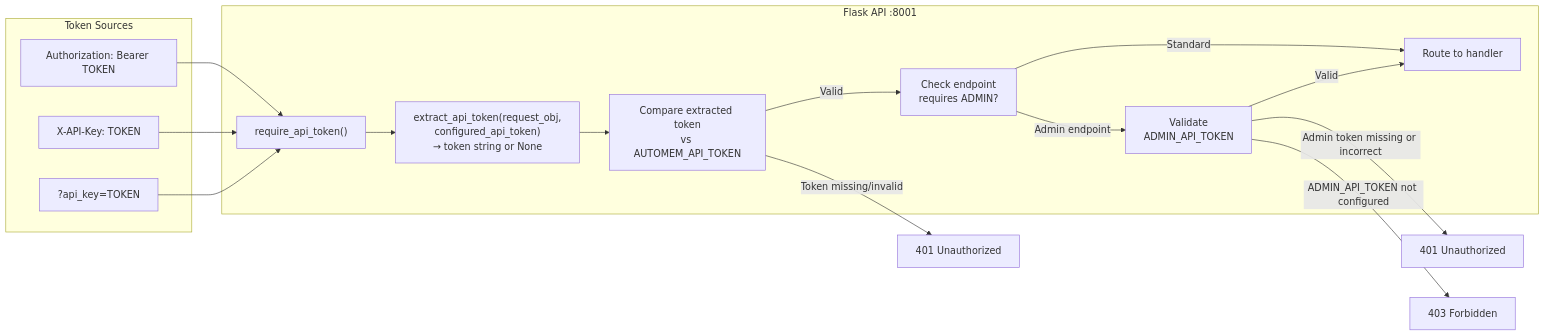
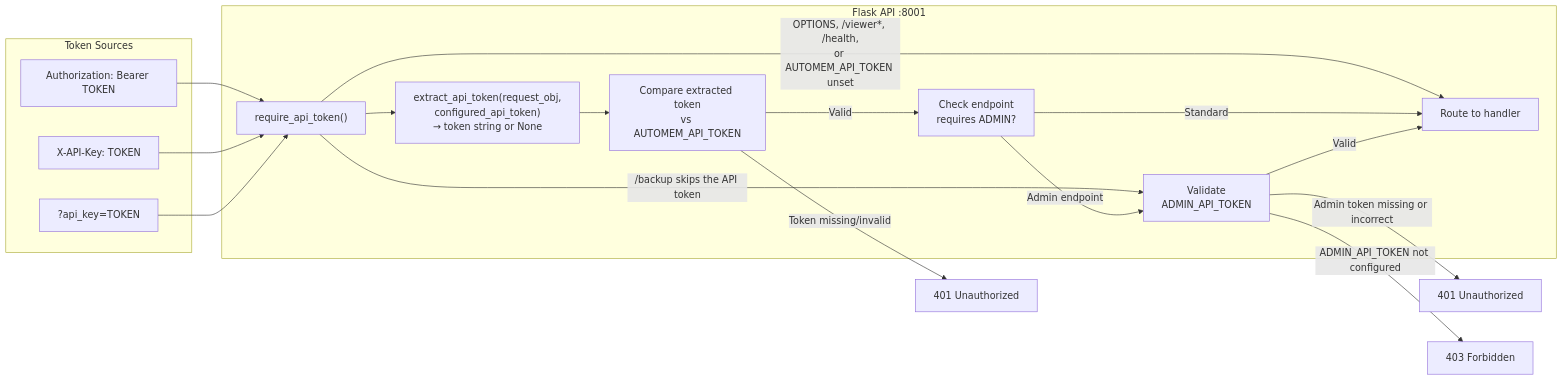
One commit to verygoodplugins/automem-website changed the second of 3 diagrams in src/content/docs/docs/reference/authentication.md. Above: the diagram before and after it, drawn with Mermaid. The commit also changed 10 other files, not shown here.

````diff
--- a/src/content/docs/docs/reference/authentication.md
+++ b/src/content/docs/docs/reference/authentication.md
@@ -101,32 +101,34 @@
 ```mermaid
 graph LR
     subgraph "Token Sources"
         BearerHeader["Authorization: Bearer TOKEN"]
         APIKeyHeader["X-API-Key: TOKEN"]
         QueryParam["?api_key=TOKEN"]
     end
 
     subgraph "Flask API :8001"
         RequireAPIToken["require_api_token()"]
         ExtractToken["extract_api_token(request_obj,<br/>configured_api_token)<br/>→ token string or None"]
         ValidateToken["Compare extracted token<br/>vs AUTOMEM_API_TOKEN"]
         CheckLevel["Check endpoint<br/>requires ADMIN?"]
         ValidateAdmin["Validate<br/>ADMIN_API_TOKEN"]
         ProcessRequest["Route to handler"]
     end
 
     BearerHeader --> RequireAPIToken
     APIKeyHeader --> RequireAPIToken
     QueryParam --> RequireAPIToken
 
+    RequireAPIToken -->|"OPTIONS, /viewer*, /health,<br/>or AUTOMEM_API_TOKEN unset"| ProcessRequest
+    RequireAPIToken -->|"/backup skips the API token"| ValidateAdmin
     RequireAPIToken --> ExtractToken
     ExtractToken --> ValidateToken
     ValidateToken -->|Valid| CheckLevel
     ValidateToken -->|Token missing/invalid| Reject401["401 Unauthorized"]
 
     CheckLevel -->|Standard| ProcessRequest
     CheckLevel -->|Admin endpoint| ValidateAdmin
     ValidateAdmin -->|Valid| ProcessRequest
     ValidateAdmin -->|"Admin token missing or incorrect"| Reject401Admin["401 Unauthorized"]
     ValidateAdmin -->|"ADMIN_API_TOKEN not configured"| Reject403["403 Forbidden"]
 ```
````
